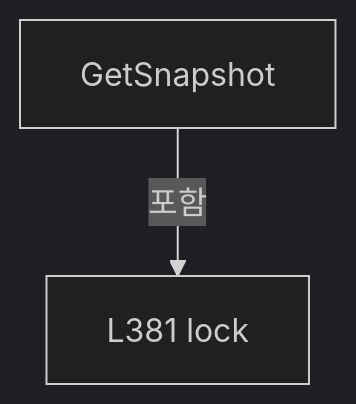
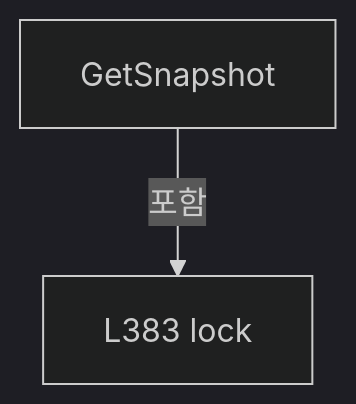
One commit to kjuws10-rgb/Shared changed the seventh of 11 diagrams in A3 LD Code Ref/files/Drilling.Common/Review/CAutoFineReviewCoordinator.cs.md. Above: the diagram before and after it, drawn with Mermaid (dark theme). The commit also changed other lines of this file and 2071 other files, not shown here.

Commit message:
docs(a3): update 11.19.0 architecture and code reference

````diff
--- a/A3 LD Code Ref/files/Drilling.Common/Review/CAutoFineReviewCoordinator.cs.md
+++ b/A3 LD Code Ref/files/Drilling.Common/Review/CAutoFineReviewCoordinator.cs.md
@@ -1860,6 +1862,6 @@
 ```mermaid
 flowchart TD
  M["GetSnapshot"]
- N0["L381 lock"]
+ N0["L383 lock"]
  M -->|포함| N0
 ```
````
